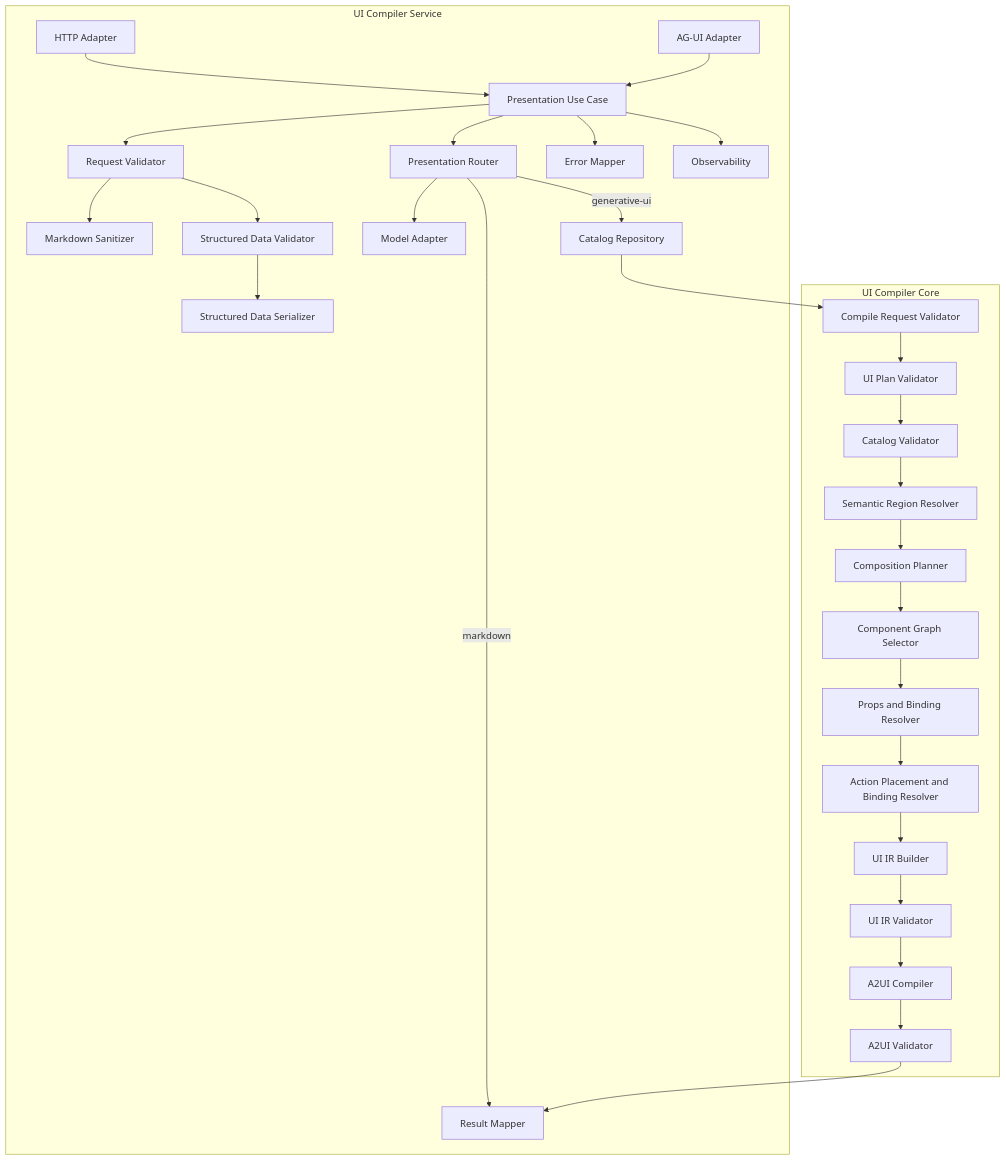
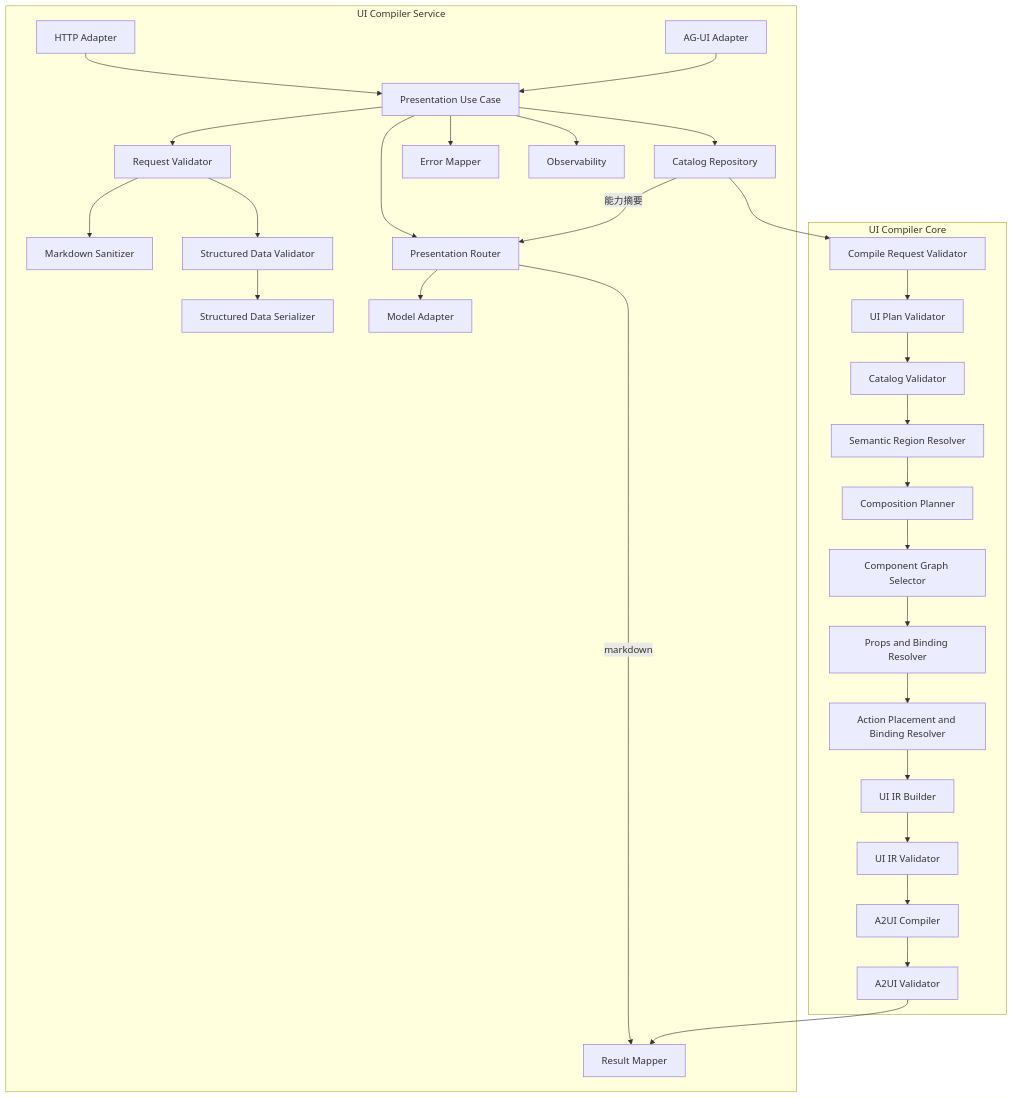
One commit to xiaoxiaoqian1217/generative-ui-platform changed the second of 9 diagrams in docs/Generative_UI_Compiler_Design.md. Above: the diagram before and after it, drawn with Mermaid. The commit also changed other lines of this file and 15 other files, not shown here.

````diff
--- a/docs/Generative_UI_Compiler_Design.md
+++ b/docs/Generative_UI_Compiler_Design.md
@@ -153,59 +165,60 @@
 ```mermaid
 flowchart TB
     subgraph Service[UI Compiler Service]
         HTTP[HTTP Adapter]
         AGUI[AG-UI Adapter]
         Orchestrator[Presentation Use Case]
         RequestValidator[Request Validator]
         MarkdownSanitizer[Markdown Sanitizer]
         DataValidator[Structured Data Validator]
         DataSerializer[Structured Data Serializer]
         Router[Presentation Router]
         ModelAdapter[Model Adapter]
         CatalogRepository[Catalog Repository]
         ResultMapper[Result Mapper]
         ErrorMapper[Error Mapper]
         Observability[Observability]
     end
 
     subgraph Core[UI Compiler Core]
         CompileValidator[Compile Request Validator]
         PlanValidator[UI Plan Validator]
         CatalogValidator[Catalog Validator]
         Resolver[Semantic Region Resolver]
         Composition[Composition Planner]
         Selector[Component Graph Selector]
         Props[Props and Binding Resolver]
         Actions[Action Placement and Binding Resolver]
         IRBuilder[UI IR Builder]
         IRValidator[UI IR Validator]
         A2UICompiler[A2UI Compiler]
         OutputValidator[A2UI Validator]
     end
 
     HTTP --> Orchestrator
     AGUI --> Orchestrator
     Orchestrator --> RequestValidator
     RequestValidator --> DataValidator
     RequestValidator --> MarkdownSanitizer
     DataValidator --> DataSerializer
+    Orchestrator --> CatalogRepository
     Orchestrator --> Router
+    CatalogRepository -->|能力摘要| Router
     Router --> ModelAdapter
     Router -->|markdown| ResultMapper
-    Router -->|generative-ui| CatalogRepository
     CatalogRepository --> CompileValidator
     CompileValidator --> PlanValidator
     PlanValidator --> CatalogValidator
     CatalogValidator --> Resolver
     Resolver --> Composition
     Composition --> Selector
     Selector --> Props
     Props --> Actions
     Actions --> IRBuilder
     IRBuilder --> IRValidator
     IRValidator --> A2UICompiler
     A2UICompiler --> OutputValidator
     OutputValidator --> ResultMapper
     Orchestrator --> ErrorMapper
     Orchestrator --> Observability
 ```
````
